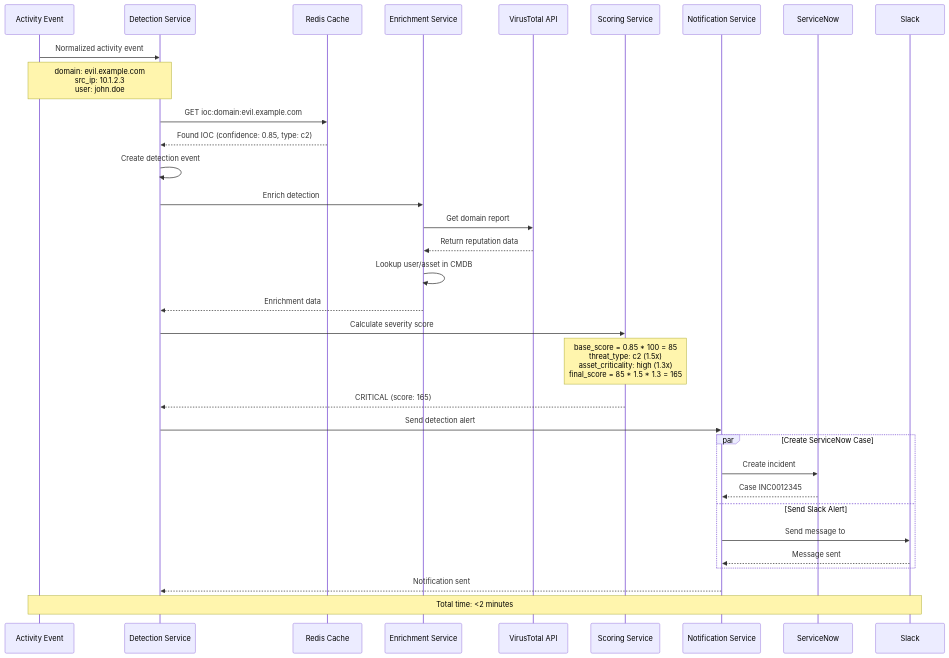
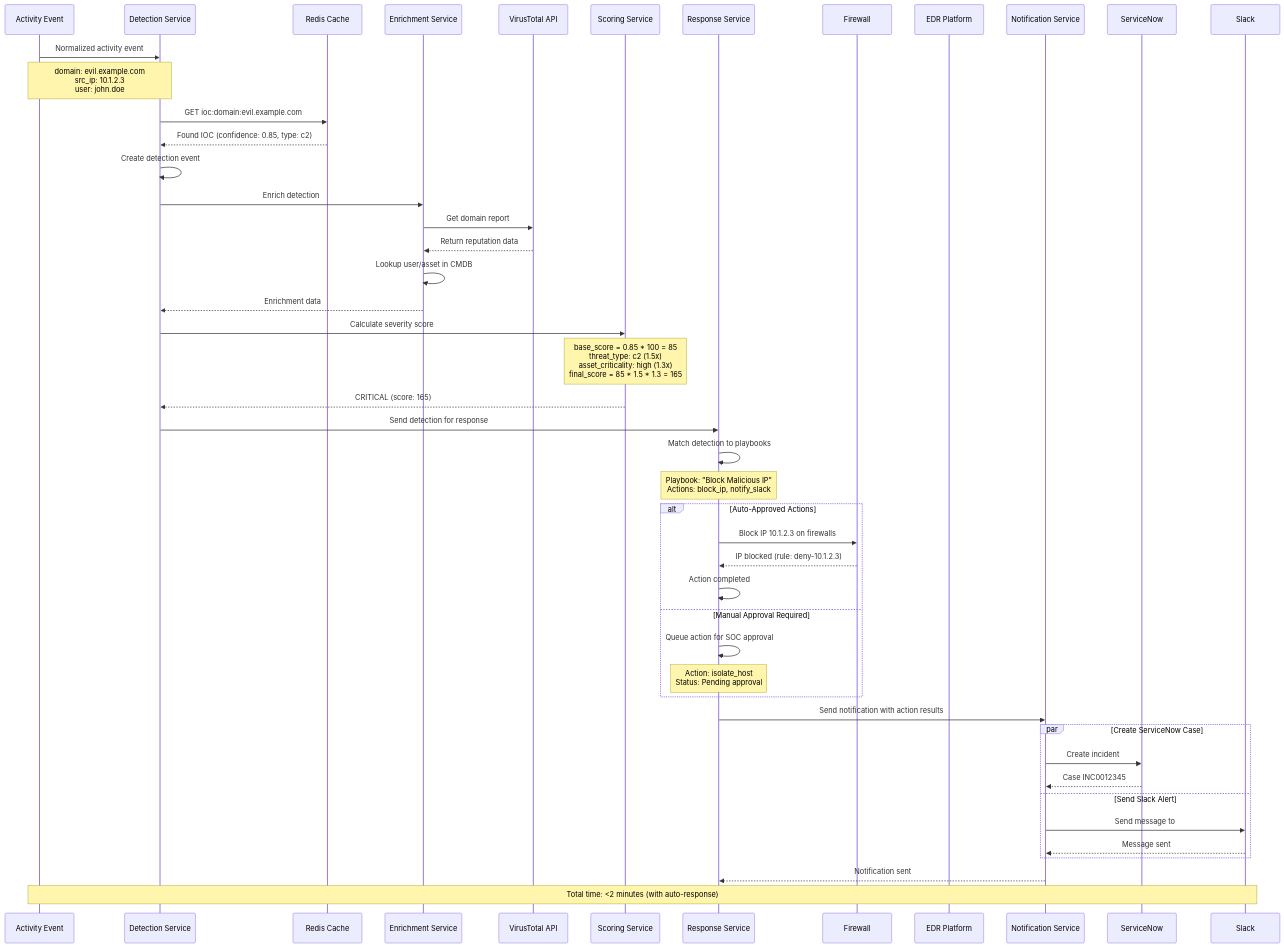
Before and after one commit to BrizoSec/ladon: the sixth of 15 diagrams in docs/ARCHITECTURE_DIAGRAMS.md, drawn with Mermaid. The commit also changed other lines of this file and 12 other files, not shown here.

Commit message:
Response Service components.

````diff
--- a/docs/ARCHITECTURE_DIAGRAMS.md
+++ b/docs/ARCHITECTURE_DIAGRAMS.md
@@ -454,44 +466,60 @@
 ```mermaid
 sequenceDiagram
     participant ACT as Activity Event
     participant DET as Detection Service
     participant REDIS as Redis Cache
     participant ENR as Enrichment Service
     participant VT as VirusTotal API
     participant SCORE as Scoring Service
+    participant RESP as Response Service
+    participant FW as Firewall
+    participant EDR as EDR Platform
     participant NOTIFY as Notification Service
     participant SNOW as ServiceNow
     participant SLACK as Slack
 
     ACT->>DET: Normalized activity event
     Note over ACT,DET: domain: evil.example.com<br/>src_ip: 10.1.2.3<br/>user: john.doe
 
     DET->>REDIS: GET ioc:domain:evil.example.com
     REDIS-->>DET: Found IOC (confidence: 0.85, type: c2)
 
     DET->>DET: Create detection event
 
     DET->>ENR: Enrich detection
     ENR->>VT: Get domain report
     VT-->>ENR: Return reputation data
     ENR->>ENR: Lookup user/asset in CMDB
     ENR-->>DET: Enrichment data
 
     DET->>SCORE: Calculate severity score
     Note over SCORE: base_score = 0.85 * 100 = 85<br/>threat_type: c2 (1.5x)<br/>asset_criticality: high (1.3x)<br/>final_score = 85 * 1.5 * 1.3 = 165
     SCORE-->>DET: CRITICAL (score: 165)
 
-    DET->>NOTIFY: Send detection alert
+    DET->>RESP: Send detection for response
+    RESP->>RESP: Match detection to playbooks
+    Note over RESP: Playbook: "Block Malicious IP"<br/>Actions: block_ip, notify_slack
+
+    alt Auto-Approved Actions
+        RESP->>FW: Block IP 10.1.2.3 on firewalls
+        FW-->>RESP: IP blocked (rule: deny-10.1.2.3)
+        RESP->>RESP: Action completed
+    else Manual Approval Required
+        RESP->>RESP: Queue action for SOC approval
+        Note over RESP: Action: isolate_host<br/>Status: Pending approval
+    end
+
+    RESP->>NOTIFY: Send notification with action results
 
     par Create ServiceNow Case
         NOTIFY->>SNOW: Create incident
         SNOW-->>NOTIFY: Case INC0012345
     and Send Slack Alert
-        NOTIFY->>SLACK: Send message to #security-alerts
+        NOTIFY->>SLACK: Send message to #security-alerts<br/>"IP 10.1.2.3 blocked automatically"
         SLACK-->>NOTIFY: Message sent
     end
 
-    NOTIFY-->>DET: Notification sent
+    NOTIFY-->>RESP: Notification sent
 
-    Note over ACT,SLACK: Total time: <2 minutes
+    Note over ACT,SLACK: Total time: <2 minutes (with auto-response)
 ```
````
